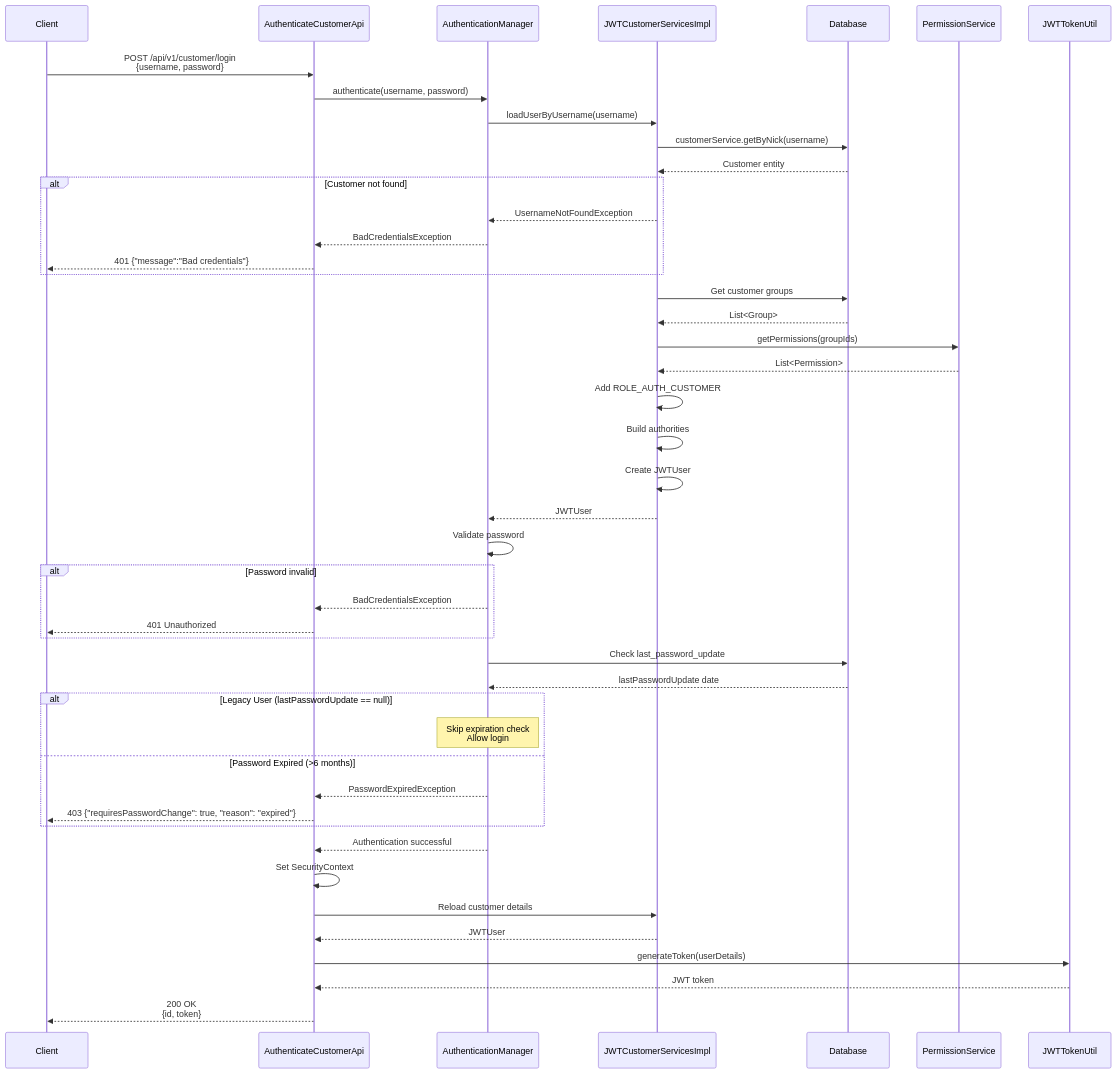
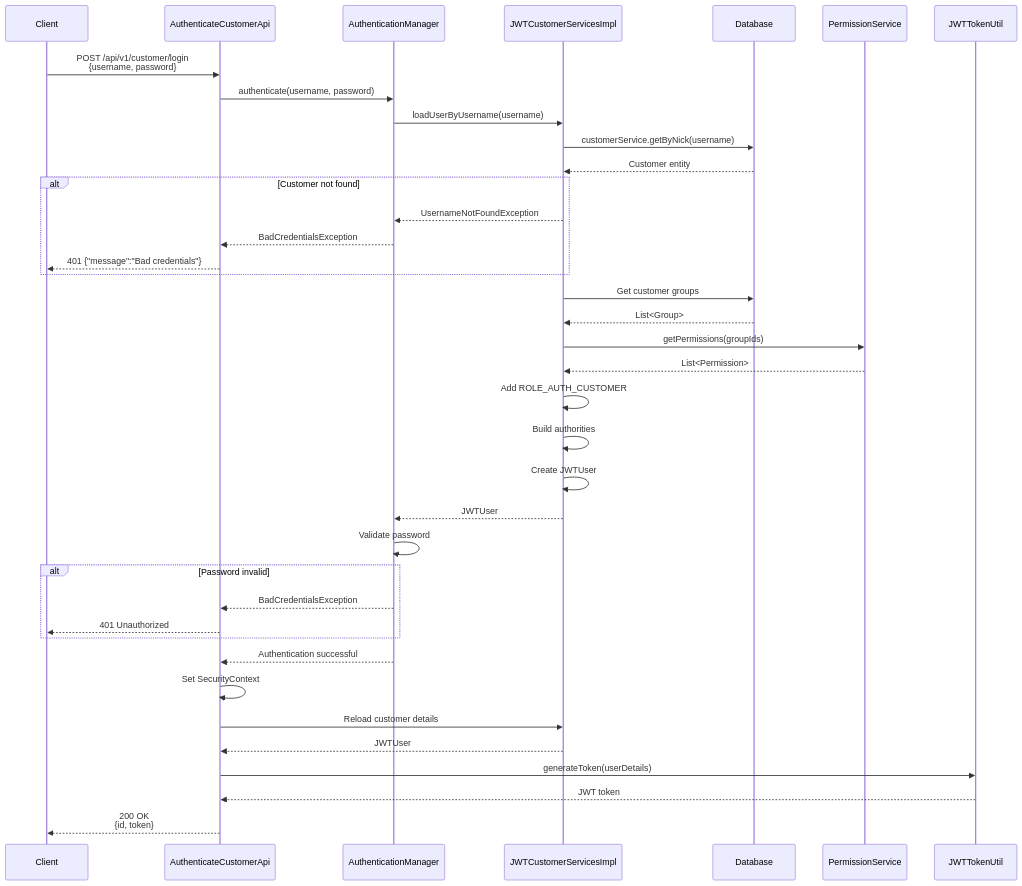
The third of 4 diagrams in docs/login-process.md (vmatviichuk-epam/shopizer), drawn with Mermaid before and after one commit. The commit also changed other lines of this file, not shown here.

````diff
--- a/docs/login-process.md
+++ b/docs/login-process.md
@@ -225,63 +192,53 @@
 ```mermaid
 sequenceDiagram
     participant Client
     participant AuthAPI as AuthenticateCustomerApi
     participant AuthMgr as AuthenticationManager
     participant CustomerSvc as JWTCustomerServicesImpl
     participant DB as Database
     participant PermSvc as PermissionService
     participant TokenUtil as JWTTokenUtil
 
     Client->>AuthAPI: POST /api/v1/customer/login<br/>{username, password}
 
     AuthAPI->>AuthMgr: authenticate(username, password)
     AuthMgr->>CustomerSvc: loadUserByUsername(username)
 
     CustomerSvc->>DB: customerService.getByNick(username)
     DB-->>CustomerSvc: Customer entity
 
     alt Customer not found
         CustomerSvc-->>AuthMgr: UsernameNotFoundException
         AuthMgr-->>AuthAPI: BadCredentialsException
         AuthAPI-->>Client: 401 {"message":"Bad credentials"}
     end
 
     CustomerSvc->>DB: Get customer groups
     DB-->>CustomerSvc: List<Group>
 
     CustomerSvc->>PermSvc: getPermissions(groupIds)
     PermSvc-->>CustomerSvc: List<Permission>
 
     CustomerSvc->>CustomerSvc: Add ROLE_AUTH_CUSTOMER
     CustomerSvc->>CustomerSvc: Build authorities
     CustomerSvc->>CustomerSvc: Create JWTUser
     CustomerSvc-->>AuthMgr: JWTUser
 
     AuthMgr->>AuthMgr: Validate password
 
     alt Password invalid
         AuthMgr-->>AuthAPI: BadCredentialsException
         AuthAPI-->>Client: 401 Unauthorized
     end
 
-    AuthMgr->>DB: Check last_password_update
-    DB-->>AuthMgr: lastPasswordUpdate date
-
-    alt Legacy User (lastPasswordUpdate == null)
-        Note over AuthMgr: Skip expiration check<br/>Allow login
-    else Password Expired (>6 months)
-        AuthMgr-->>AuthAPI: PasswordExpiredException
-        AuthAPI-->>Client: 403 {"requiresPasswordChange": true, "reason": "expired"}
-    end
-
     AuthMgr-->>AuthAPI: Authentication successful
 
     AuthAPI->>AuthAPI: Set SecurityContext
     AuthAPI->>CustomerSvc: Reload customer details
     CustomerSvc-->>AuthAPI: JWTUser
 
     AuthAPI->>TokenUtil: generateToken(userDetails)
     TokenUtil-->>AuthAPI: JWT token
 
     AuthAPI-->>Client: 200 OK<br/>{id, token}
 ```
````
